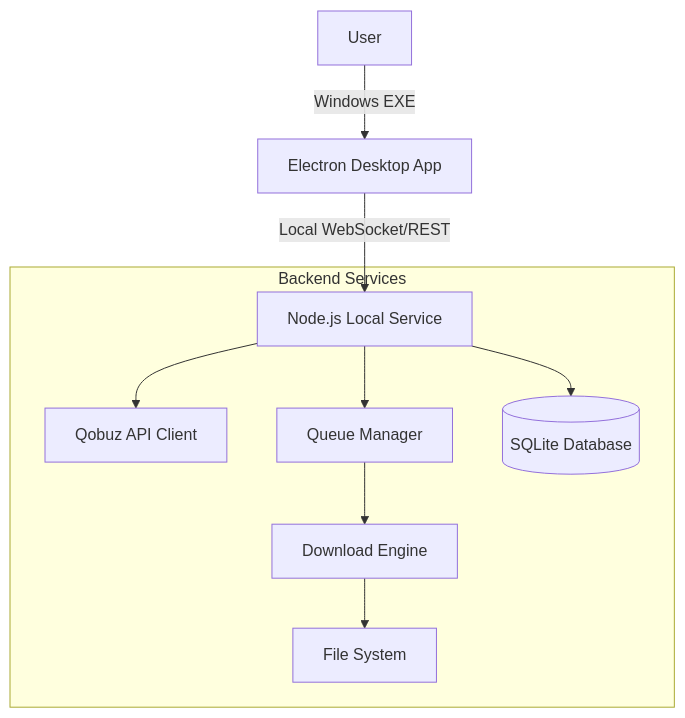
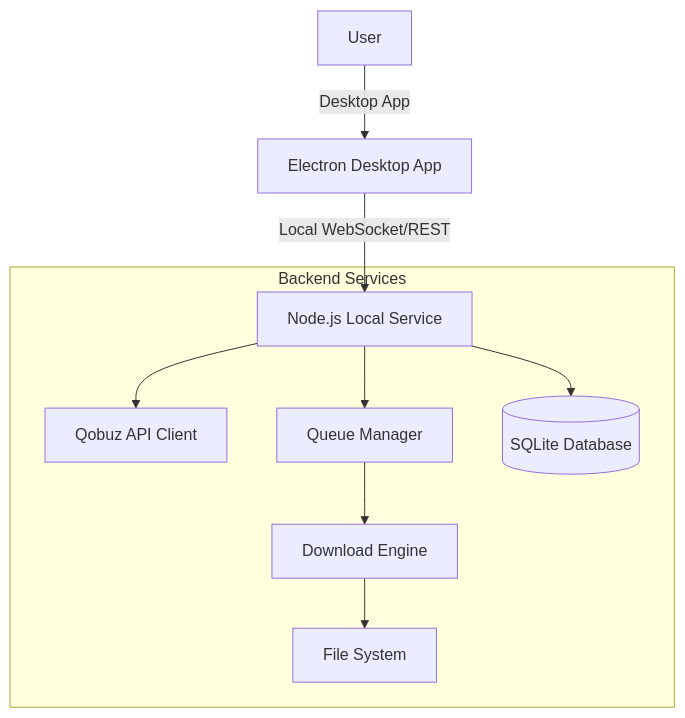
Before and after one commit to ifauzeee/QBZ-Downloader: the diagram in README.md, drawn with Mermaid. The commit also changed other lines of this file, not shown here.

Commit message:
docs: fix remaining Windows-only references in README

````diff
--- a/README.md
+++ b/README.md
@@ -163,13 +163,13 @@
 ```mermaid
 graph TD
-    User[User] -->|Windows EXE| Desktop[Electron Desktop App]
+    User[User] -->|Desktop App| Desktop[Electron Desktop App]
     Desktop -->|Local WebSocket/REST| Server[Node.js Local Service]
     
     subgraph Backend Services
         Server --> API[Qobuz API Client]
         Server --> Queue[Queue Manager]
         Server --> DB[(SQLite Database)]
         Queue --> Downloader[Download Engine]
         Downloader --> FS[File System]
     end
 ```
````
